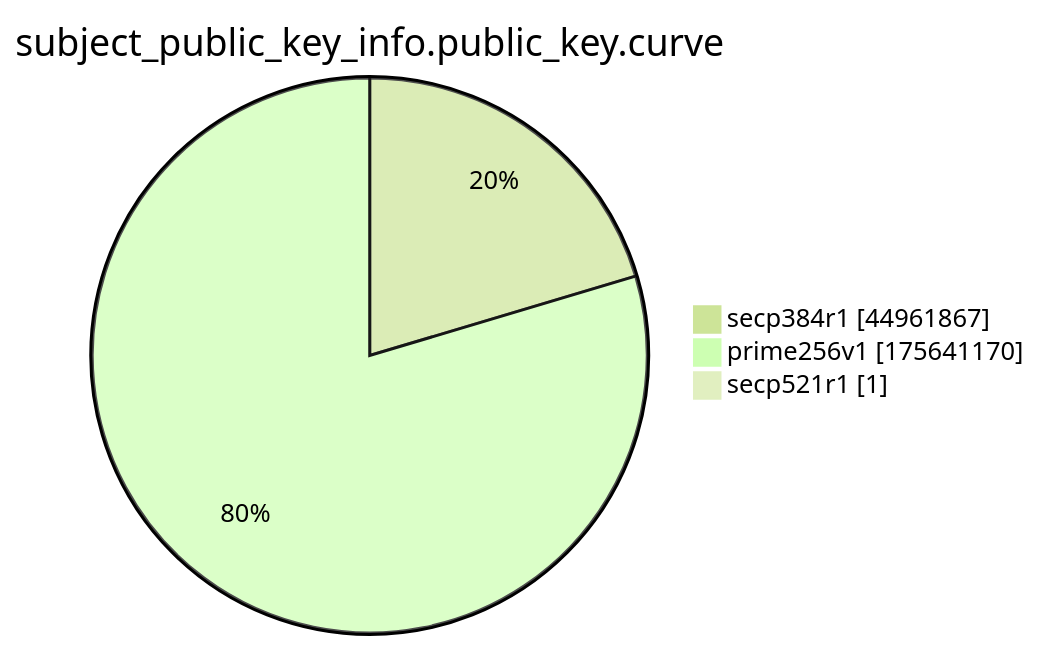
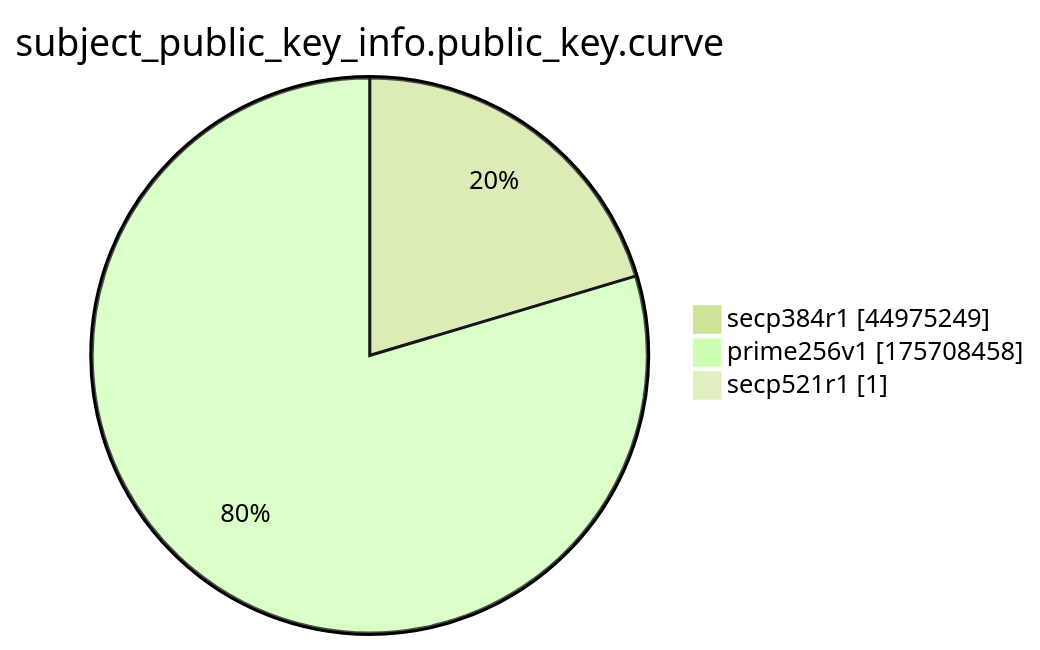
Before and after one commit to christiankrug/ctmonitor_visualization: the ninth of 15 diagrams in xenon2022/README.md, drawn with Mermaid (forest theme). The commit also changed other lines of this file, not shown here.

````diff
--- a/xenon2022/README.md
+++ b/xenon2022/README.md
@@ -2872,7 +2872,7 @@
 ```mermaid
 pie showData
 title subject_public_key_info.public_key.curve
-"secp384r1" :44961867
-"prime256v1" :175641170
+"secp384r1" :44975249
+"prime256v1" :175708458
 "secp521r1" :1
 ```
````
